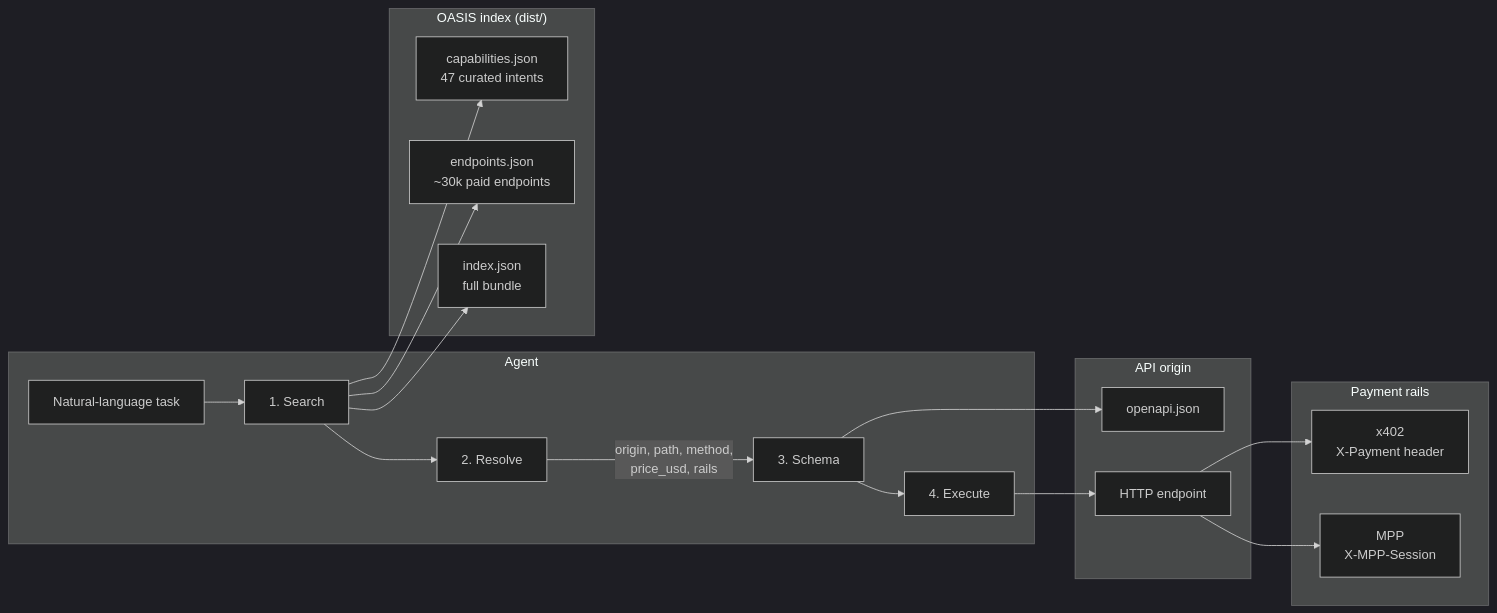
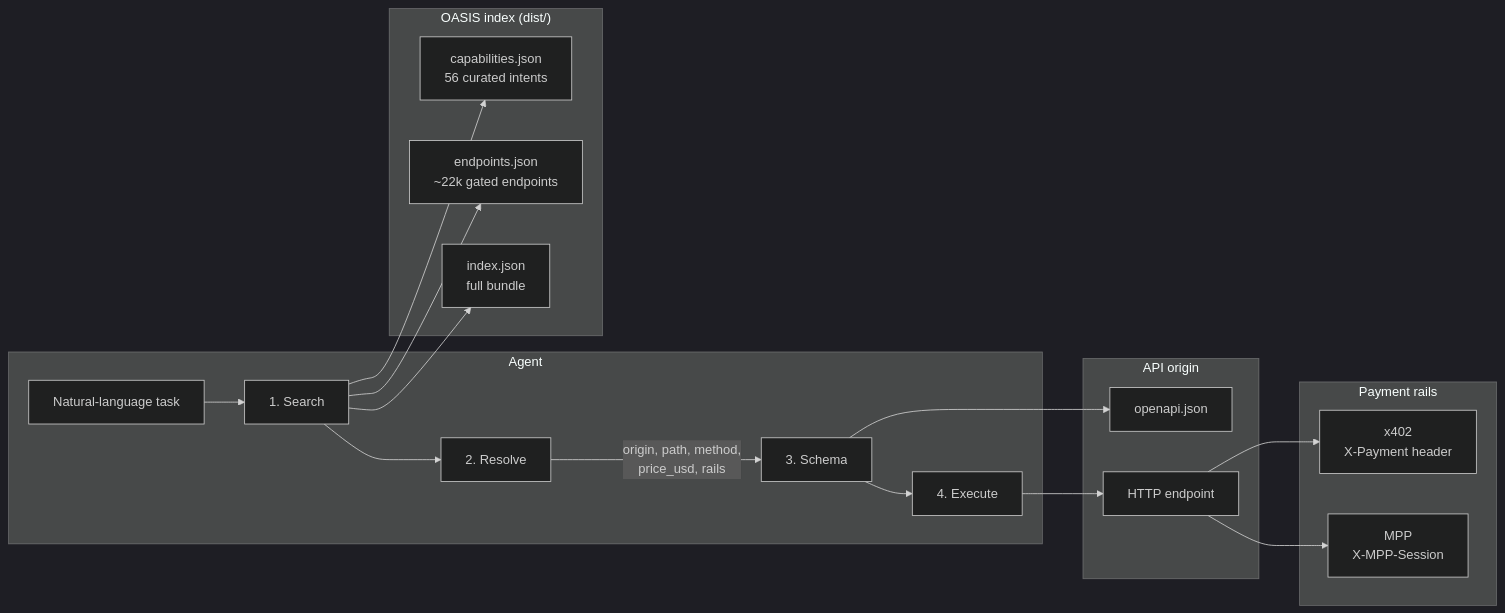
One commit to Syntalic/OASIS changed the first of 5 diagrams in ARCHITECTURE.md. Above: the diagram before and after it, drawn with Mermaid (dark theme). The commit also changed other lines of this file and 3 other files, not shown here.

First line of the commit message:
docs: OpenAPI authoring best-practices + refresh ARCHITECTURE/README

````diff
--- a/ARCHITECTURE.md
+++ b/ARCHITECTURE.md
@@ -12,38 +12,38 @@
 ```mermaid
 flowchart LR
   subgraph agent["Agent"]
     Q["Natural-language task"]
     S["1. Search"]
     R["2. Resolve"]
     SC["3. Schema"]
     X["4. Execute"]
   end
 
   subgraph oasis["OASIS index (dist/)"]
-    CAP["capabilities.json<br/>47 curated intents"]
-    EP["endpoints.json<br/>~30k paid endpoints"]
+    CAP["capabilities.json<br/>56 curated intents"]
+    EP["endpoints.json<br/>~22k gated endpoints"]
     IDX["index.json<br/>full bundle"]
   end
 
   subgraph origin["API origin"]
     OAPI["openapi.json"]
     API["HTTP endpoint"]
   end
 
   subgraph payment["Payment rails"]
     X402["x402<br/>X-Payment header"]
     MPP["MPP<br/>X-MPP-Session"]
   end
 
   Q --> S
   S --> CAP
   S --> EP
   S --> IDX
   S --> R
   R -->|"origin, path, method,<br/>price_usd, rails"| SC
   SC --> OAPI
   SC --> X
   X --> API
   API --> X402
   API --> MPP
 ```
````
